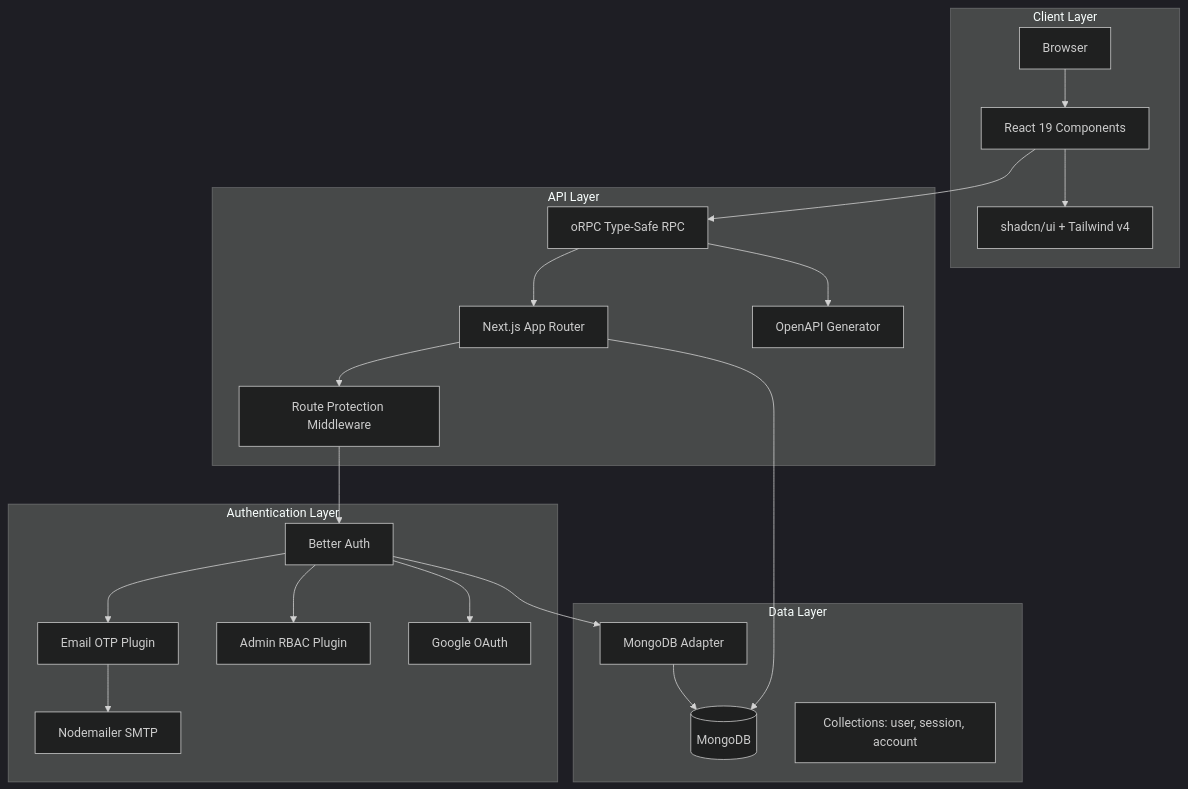
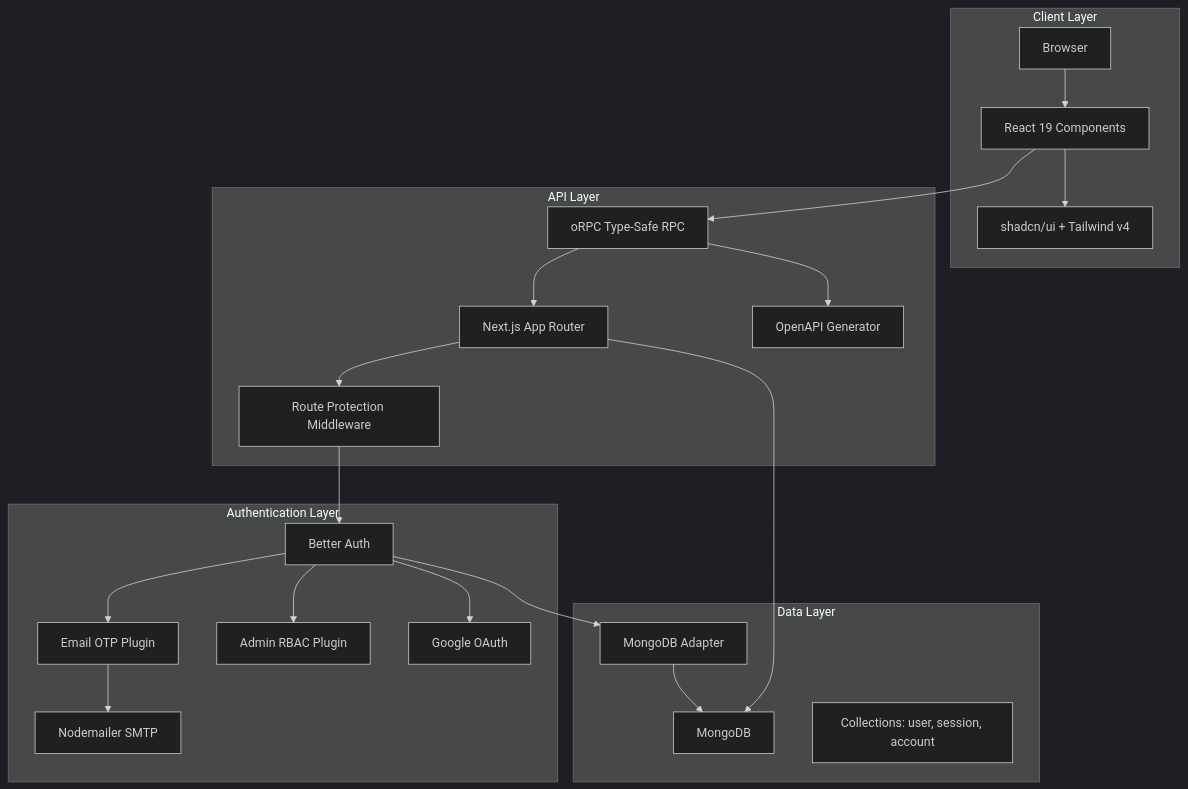
The first of 5 diagrams in README.md (Prathamesh-chougale-17/modern-stack-template), drawn with Mermaid (dark theme) before and after one commit. The commit also changed other lines of this file, not shown here.

````diff
--- a/README.md
+++ b/README.md
@@ -66,44 +65,44 @@
 ```mermaid
 graph TB
     subgraph Client ["Client Layer"]
         Browser[Browser]
         React[React 19 Components]
         UI[shadcn/ui + Tailwind v4]
     end
 
     subgraph Auth ["Authentication Layer"]
         BetterAuth[Better Auth]
         EmailOTP[Email OTP Plugin]
         AdminPlugin[Admin RBAC Plugin]
         GoogleOAuth[Google OAuth]
         Nodemailer[Nodemailer SMTP]
     end
 
     subgraph API ["API Layer"]
         NextAPI[Next.js App Router]
         oRPC[oRPC Type-Safe RPC]
         OpenAPI[OpenAPI Generator]
         Middleware[Route Protection Middleware]
     end
 
     subgraph Data ["Data Layer"]
-        MongoDB[(MongoDB)]
+        MongoDB[MongoDB]
         Adapter[MongoDB Adapter]
         Collections[Collections: user, session, account]
     end
 
     Browser --> React
     React --> UI
     React --> oRPC
     oRPC --> NextAPI
     NextAPI --> Middleware
     Middleware --> BetterAuth
     BetterAuth --> EmailOTP
     BetterAuth --> AdminPlugin
     BetterAuth --> GoogleOAuth
     EmailOTP --> Nodemailer
     BetterAuth --> Adapter
     Adapter --> MongoDB
     NextAPI --> MongoDB
     oRPC --> OpenAPI
 ```
````
